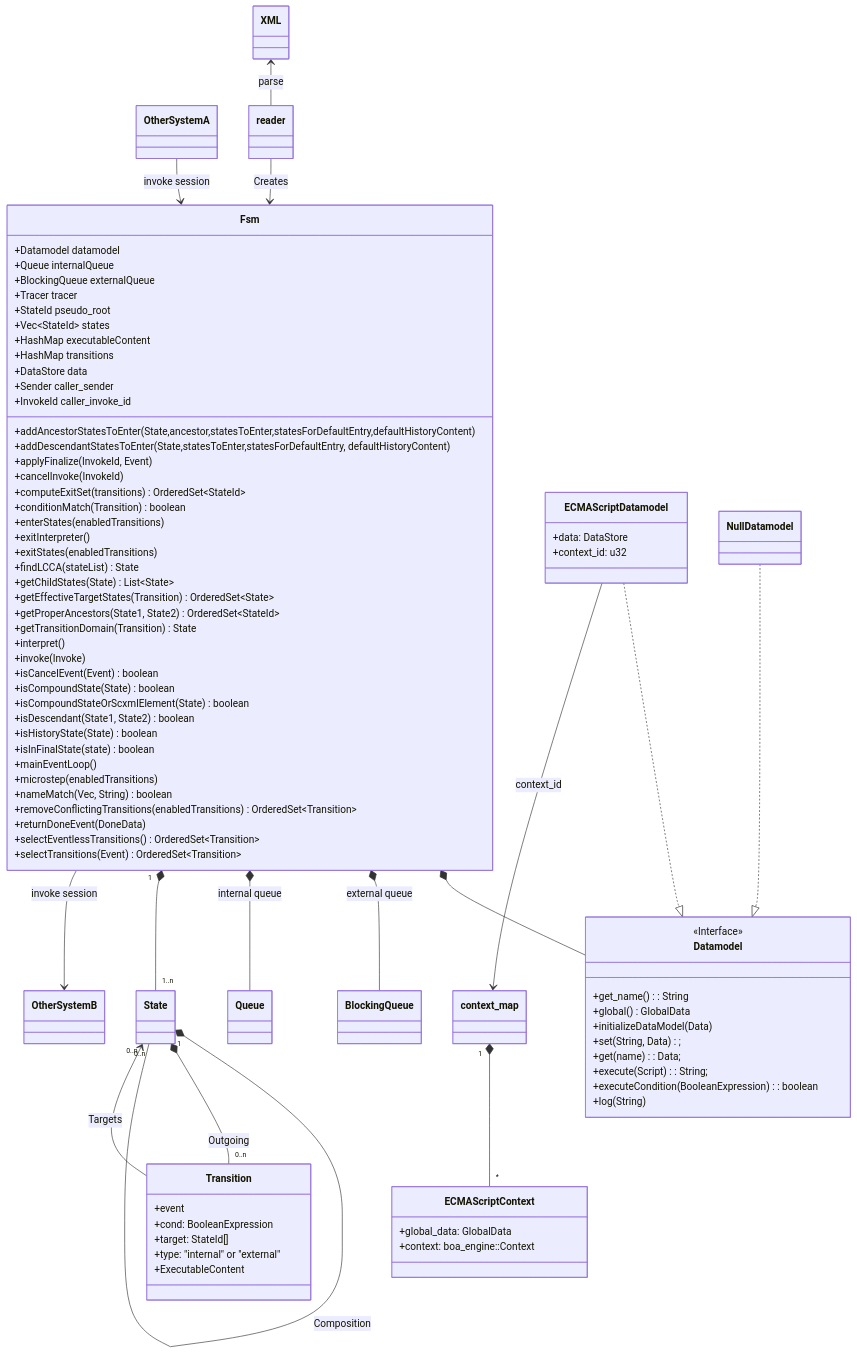
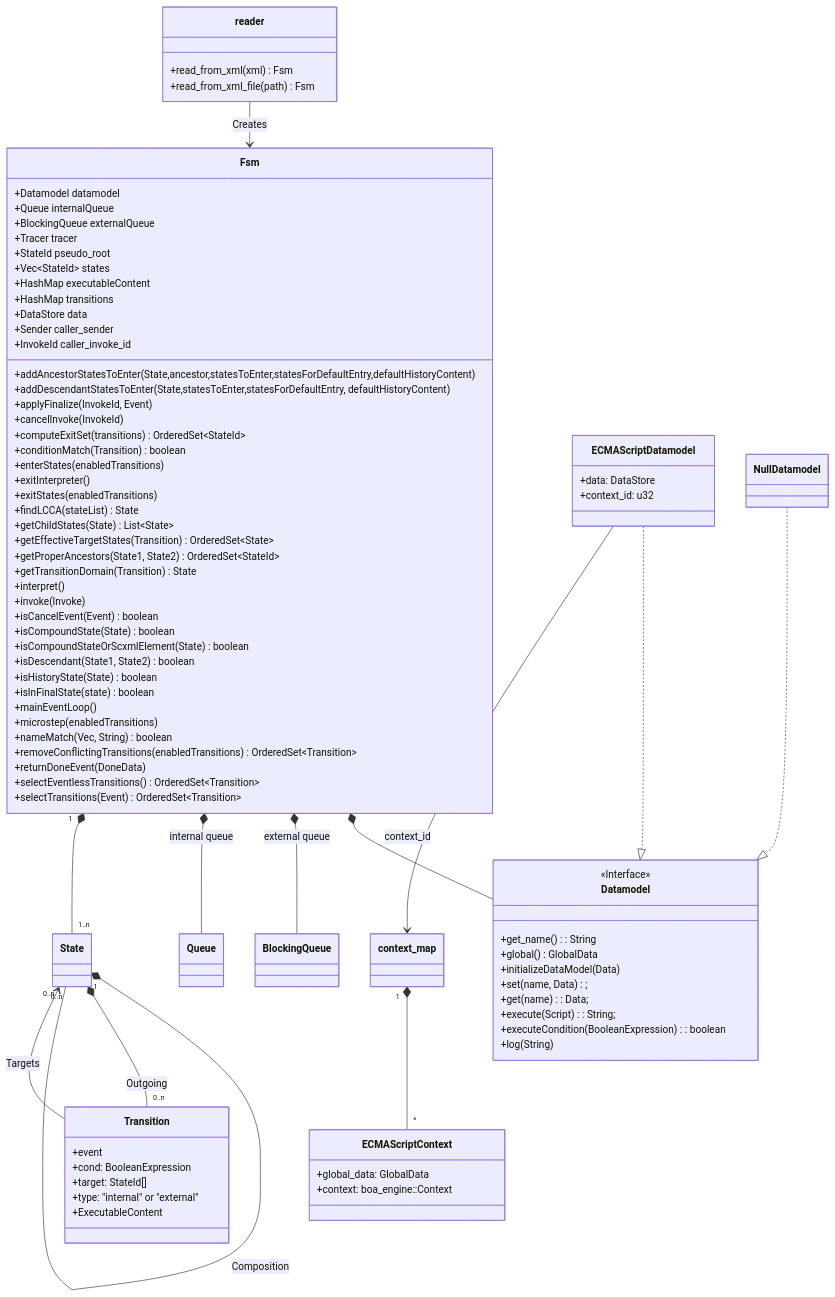
One commit to BWeng20/ruFSM changed the second of 2 diagrams in README.md. Above: the diagram before and after it, drawn with Mermaid. The commit also changed other lines of this file and 3 other files, not shown here.

````diff
--- a/README.md
+++ b/README.md
@@ -87,15 +116,6 @@
       +ExecutableContent
     }
 
-    Fsm --> OtherSystemB: invoke session
-    OtherSystemA --> Fsm: invoke session
-
-    class OtherSystemA {
-    }
-    
-    class OtherSystemB {
-    }
-    
     <<Interface>> Datamodel
     class Datamodel{    
      +get_name() : String
@@ -103,7 +123,7 @@
 
      +initializeDataModel(Data)
 
-     +set(String, Data);
+     +set(name, Data);
      +get(name): Data;
 
      +execute(Script): String;
@@ -137,10 +157,9 @@
     NullDatamodel ..|> Datamodel
     
     class reader {
+     +read_from_xml(xml) Fsm
+     +read_from_xml_file(path) Fsm
     }
       
-    reader --> Fsm : Creates
-    
-    XML <-- reader : parse
-    
+    reader --> Fsm : Creates 
 ```
````
